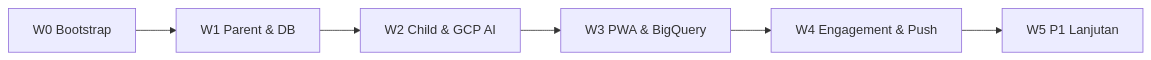
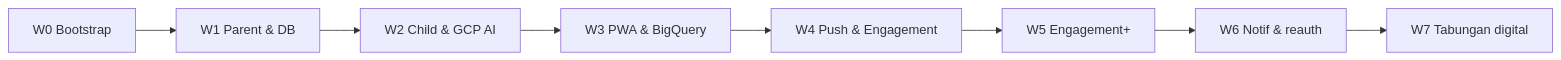
Before and after one commit to arifianjuari/habiku-nextjs: the diagram in docs/implementation-roadmap-nextjs.md, drawn with Mermaid. The commit also changed other lines of this file and 5 other files, not shown here.

Commit message:
docs: checklist env ditunda, W7 tabungan digital, hapus Google OAuth dari PRD

````diff
--- a/docs/implementation-roadmap-nextjs.md
+++ b/docs/implementation-roadmap-nextjs.md
@@ -106,8 +127,10 @@
 ```mermaid
 flowchart LR
   W0[W0 Bootstrap] --> W1[W1 Parent & DB]
   W1 --> W2[W2 Child & GCP AI]
   W2 --> W3[W3 PWA & BigQuery]
-  W3 --> W4[W4 Engagement & Push]
-  W4 --> W5[W5 P1 Lanjutan]
+  W3 --> W4[W4 Push & Engagement]
+  W4 --> W5[W5 Engagement+]
+  W5 --> W6[W6 Notif & reauth]
+  W6 --> W7[W7 Tabungan digital]
 ```
````
